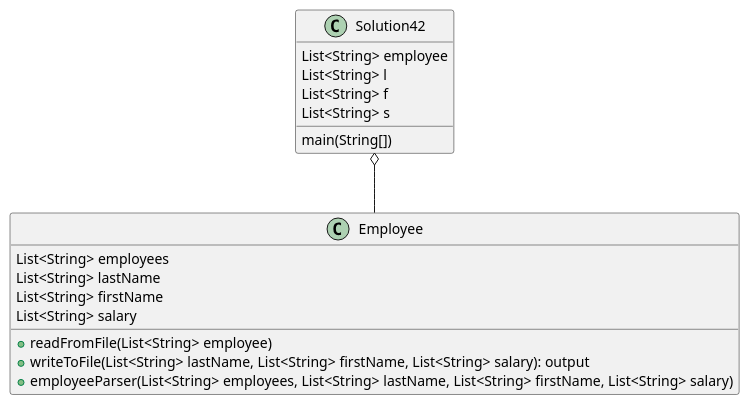
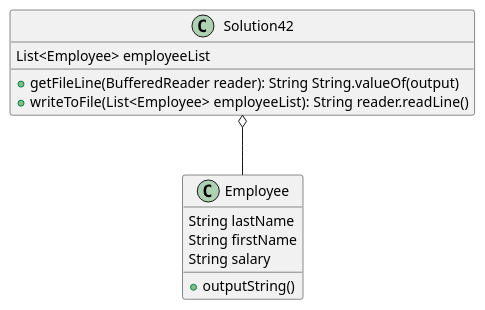
One commit to nader-fares/fares-a04 changed the diagram in exercise42/docs/main.puml. Above: the diagram before and after it, drawn with PlantUML. The commit also changed 52 other files, not shown here.

```diff
--- a/exercise42/docs/main.puml
+++ b/exercise42/docs/main.puml
@@ -1,23 +1,18 @@
 @startuml
 'https://plantuml.com/sequence-diagram
 
 
 class Solution42 {
-main(String[])
-List<String> employee
-List<String> l
-List<String> f
-List<String> s
+List<Employee> employeeList
++getFileLine(BufferedReader reader): String String.valueOf(output)
++writeToFile(List<Employee> employeeList): String reader.readLine()
 }
 
 class Employee {
-List<String> employees
-List<String> lastName
-List<String> firstName
-List<String> salary
-+readFromFile(List<String> employee)
-+writeToFile(List<String> lastName, List<String> firstName, List<String> salary): output
-+employeeParser(List<String> employees, List<String> lastName, List<String> firstName, List<String> salary)
+String lastName
+String firstName
+String salary
++outputString()
 }
 Solution42 o-- Employee
 @enduml
```
